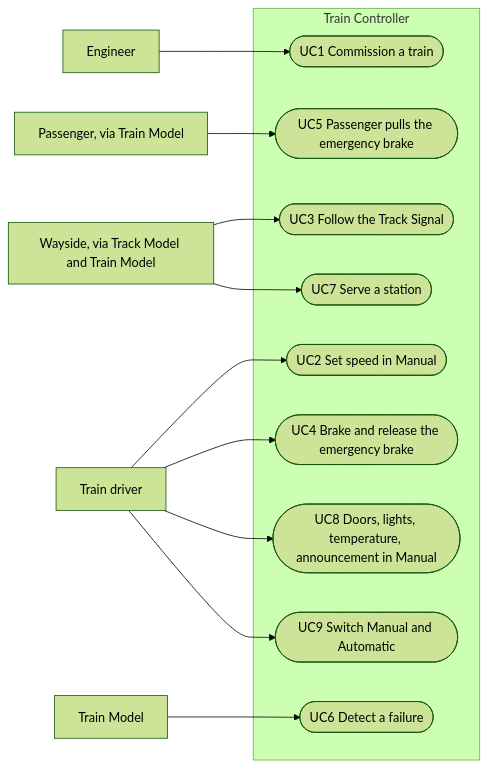
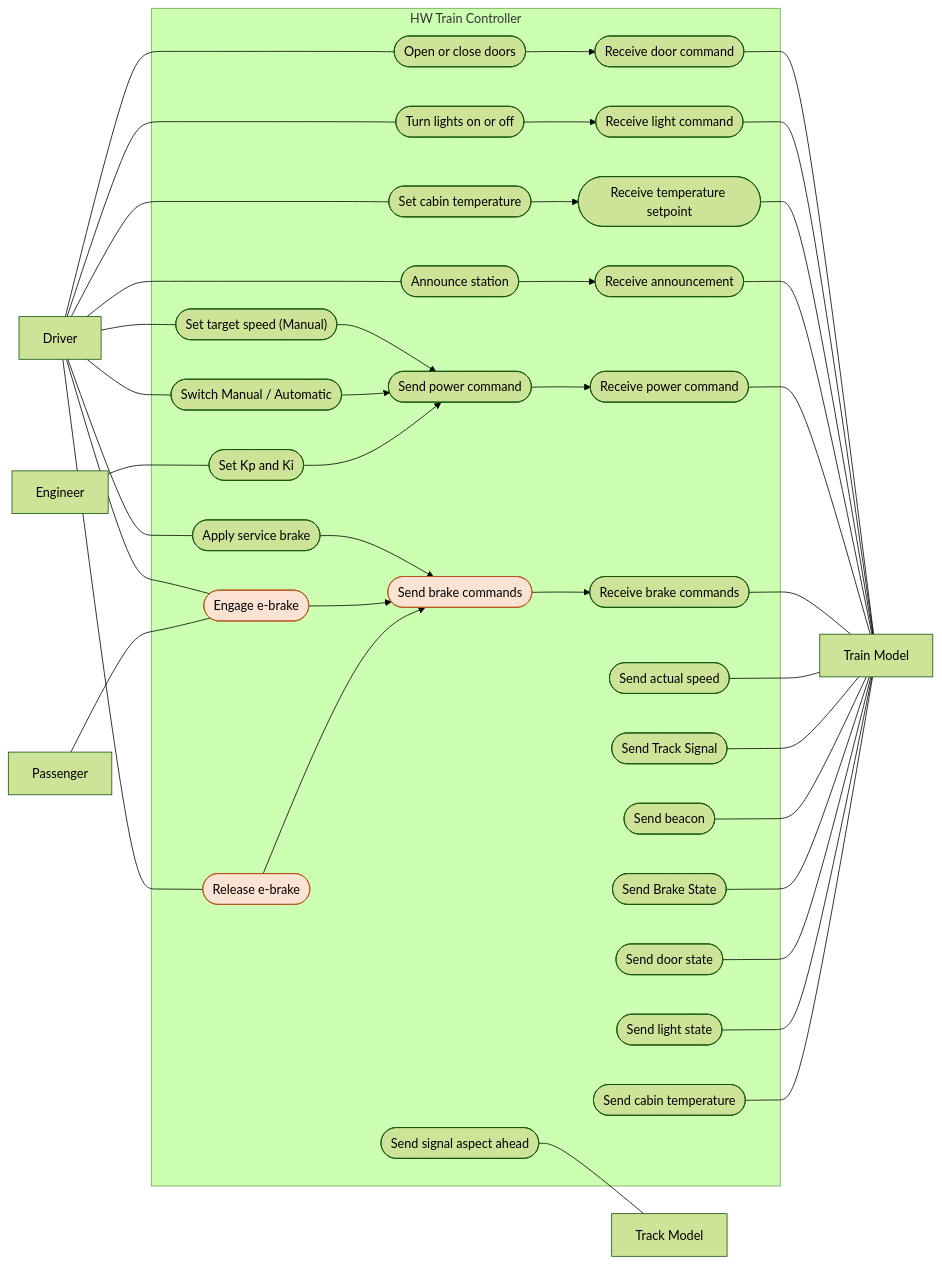
One commit to Landiss04/Track-Overflow changed the fifth of 11 diagrams in documents/Railway_Sim_SDD_Train_Controller.md. Above: the diagram before and after it, drawn with Mermaid (forest theme). The commit also changed other lines of this file, not shown here.

First line of the commit message:
documents: SDD use cases to the design review's send/receive layout

````diff
--- a/documents/Railway_Sim_SDD_Train_Controller.md
+++ b/documents/Railway_Sim_SDD_Train_Controller.md
@@ -927,28 +935,50 @@
 ```mermaid
 flowchart LR
+  Drv[Driver]
   Eng[Engineer]
-  Drv[Train driver]
-  Pas[Passenger, via Train Model]
-  Way[Wayside, via Track Model and Train Model]
-  Tmo[Train Model]
-  subgraph TC[Train Controller]
-    U1([UC1 Commission a train])
-    U2([UC2 Set speed in Manual])
-    U3([UC3 Follow the Track Signal])
-    U4([UC4 Brake and release the emergency brake])
-    U5([UC5 Passenger pulls the emergency brake])
-    U6([UC6 Detect a failure])
-    U7([UC7 Serve a station])
-    U8([UC8 Doors, lights, temperature, announcement in Manual])
-    U9([UC9 Switch Manual and Automatic])
+  Pas[Passenger]
+  subgraph SYS[HW Train Controller]
+    A1([Open or close doors])
+    A2([Turn lights on or off])
+    A3([Set cabin temperature])
+    A4([Announce station])
+    A5(["Set target speed (Manual)"])
+    A6([Switch Manual / Automatic])
+    A7([Set Kp and Ki])
+    A8([Apply service brake])
+    A9([Engage e-brake]):::vital
+    A10([Release e-brake]):::vital
+    M1([Send power command])
+    M2([Send brake commands]):::vital
+    S1([Send actual speed])
+    S2([Send Track Signal])
+    S3([Send beacon])
+    S4([Send Brake State])
+    S5([Send door state])
+    S6([Send light state])
+    S7([Send cabin temperature])
+    S8([Send signal aspect ahead])
+    C1([Receive door command])
+    C2([Receive light command])
+    C3([Receive temperature setpoint])
+    C4([Receive announcement])
+    C5([Receive power command])
+    C6([Receive brake commands])
   end
-  Eng --> U1
-  Drv --> U2
-  Drv --> U4
-  Drv --> U8
-  Drv --> U9
-  Way --> U3
-  Way --> U7
-  Pas --> U5
-  Tmo --> U6
+  TM[Train Model]
+  TK[Track Model]
+  Drv --- A1 & A2 & A3 & A4 & A5 & A6 & A8 & A9 & A10
+  Eng --- A7
+  Pas --- A9
+  A1 --> C1
+  A2 --> C2
+  A3 --> C3
+  A4 --> C4
+  A5 & A6 & A7 --> M1 --> C5
+  A8 & A9 & A10 --> M2 --> C6
+  C1 & C2 & C3 & C4 & C5 & C6 --- TM
+  S1 & S2 & S3 & S4 & S5 & S6 & S7 --- TM
+  S8 --- TK
+  A10 ~~~ S1 & S2 & S3 & S4 & S5 & S6 & S7 & S8
+  classDef vital fill:#fbe3d4,stroke:#b5541c
 ```
````
